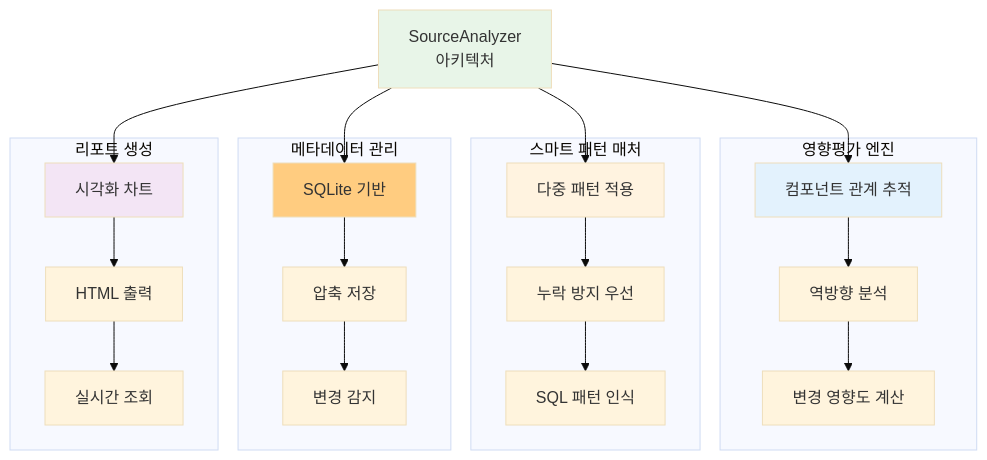
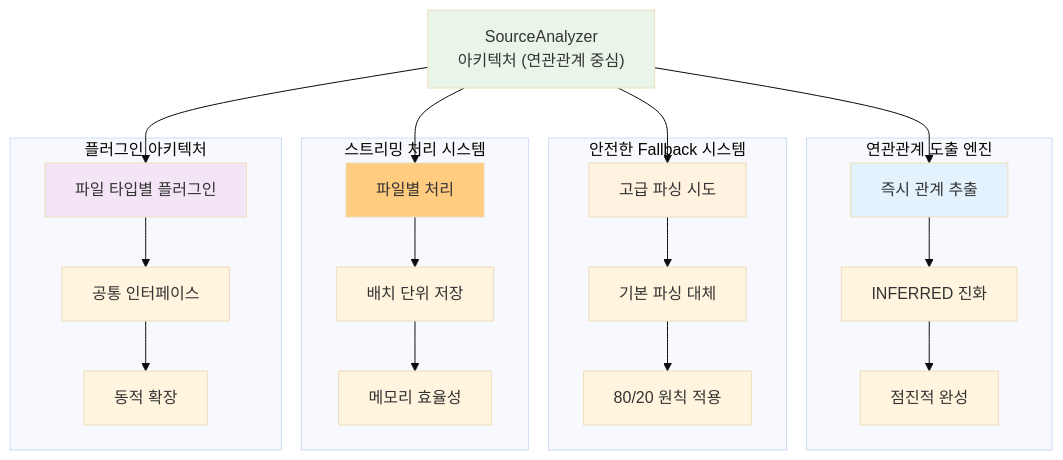
One commit to kumtaek/SourceAnalyzer changed the first of 7 diagrams in docs/03_시스템_아키텍처_설계.md. Above: the diagram before and after it, drawn with Mermaid (base theme). The commit also changed other lines of this file and 63 other files, not shown here.

````diff
--- a/docs/03_시스템_아키텍처_설계.md
+++ b/docs/03_시스템_아키텍처_설계.md
@@ -13,48 +13,48 @@
 ```mermaid
 graph TD
-    ROOT["SourceAnalyzer<br/>아키텍처"]
+    ROOT["SourceAnalyzer<br/>아키텍처 (연관관계 중심)"]
     
-    subgraph "영향평가 엔진"
-        IE1["컴포넌트 관계 추적"]
-        IE2["역방향 분석"]
-        IE3["변경 영향도 계산"]
+    subgraph "연관관계 도출 엔진"
+        RE1["즉시 관계 추출"]
+        RE2["INFERRED 진화"]
+        RE3["점진적 완성"]
     end
     
-    subgraph "스마트 패턴 매처"
-        PM1["다중 패턴 적용"]
-        PM2["누락 방지 우선"]
-        PM3["SQL 패턴 인식"]
+    subgraph "안전한 Fallback 시스템"
+        FS1["고급 파싱 시도"]
+        FS2["기본 파싱 대체"]
+        FS3["80/20 원칙 적용"]
     end
     
-    subgraph "메타데이터 관리"
-        MD1["SQLite 기반"]
-        MD2["압축 저장"]
-        MD3["변경 감지"]
+    subgraph "스트리밍 처리 시스템"
+        SP1["파일별 처리"]
+        SP2["배치 단위 저장"]
+        SP3["메모리 효율성"]
     end
     
-    subgraph "리포트 생성"
-        RP1["시각화 차트"]
-        RP2["HTML 출력"]
-        RP3["실시간 조회"]
+    subgraph "플러그인 아키텍처"
+        PA1["파일 타입별 플러그인"]
+        PA2["공통 인터페이스"]
+        PA3["동적 확장"]
     end
     
-    ROOT --> IE1
-    ROOT --> PM1
-    ROOT --> MD1
-    ROOT --> RP1
+    ROOT --> RE1
+    ROOT --> FS1
+    ROOT --> SP1
+    ROOT --> PA1
     
-    IE1 --> IE2
-    IE2 --> IE3
-    PM1 --> PM2
-    PM2 --> PM3
-    MD1 --> MD2
-    MD2 --> MD3
-    RP1 --> RP2
-    RP2 --> RP3
+    RE1 --> RE2
+    RE2 --> RE3
+    FS1 --> FS2
+    FS2 --> FS3
+    SP1 --> SP2
+    SP2 --> SP3
+    PA1 --> PA2
+    PA2 --> PA3
     
     style ROOT fill:#e8f5e8
-    style IE1 fill:#e3f2fd
-    style PM1 fill:#fff3e0
-    style MD1 fill:#ffcc80
-    style RP1 fill:#f3e5f5
+    style RE1 fill:#e3f2fd
+    style FS1 fill:#fff3e0
+    style SP1 fill:#ffcc80
+    style PA1 fill:#f3e5f5
 ```
````
